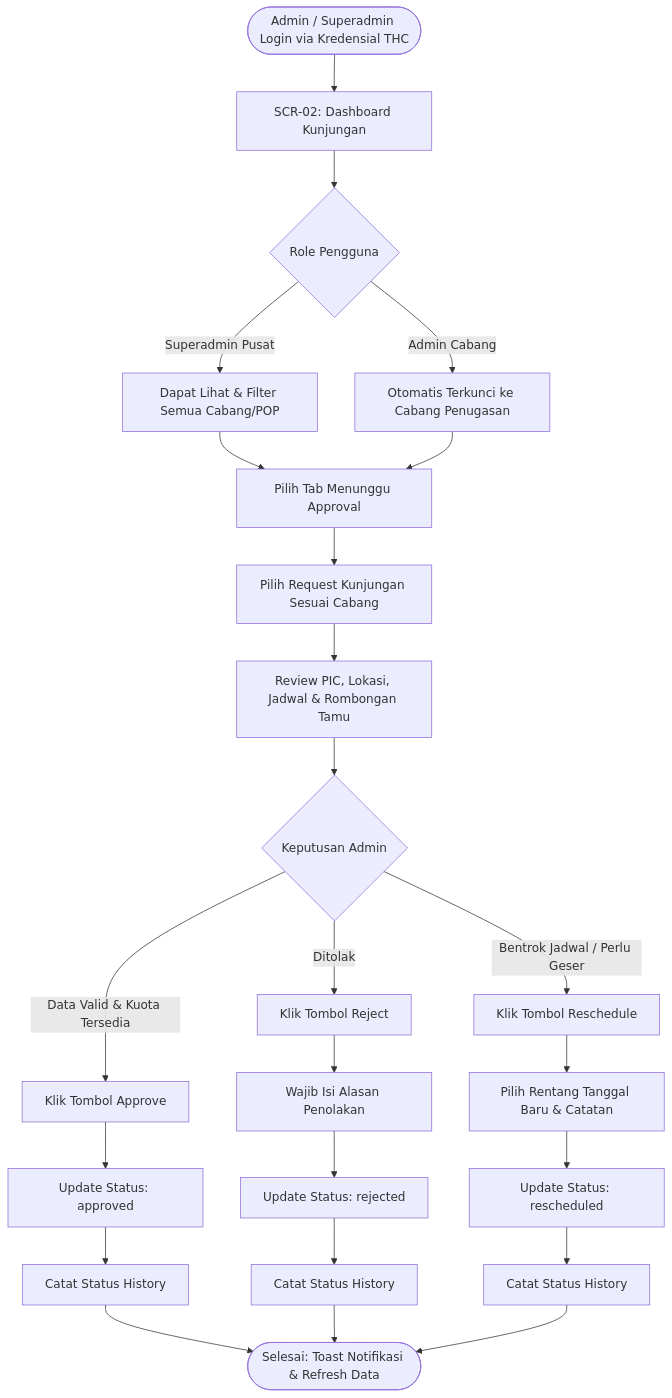
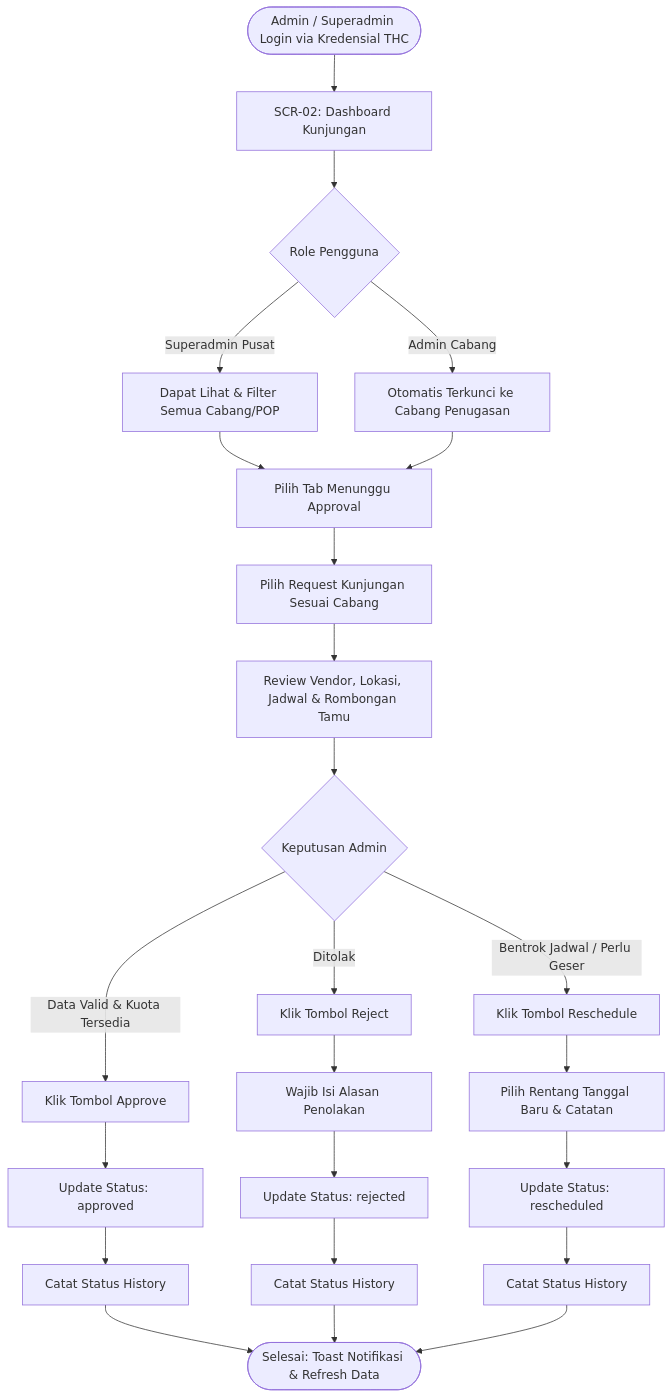
Before and after one commit to andyderis36/thc-vms: the diagram in docs/2. User Flow Diagram/2.2 Flow Approval oleh THC Admin.mermaid, drawn with Mermaid. The commit also changed 228 other files, not shown here.

```diff
--- a/docs/2. User Flow Diagram/2.2 Flow Approval oleh THC Admin.mermaid
+++ b/docs/2. User Flow Diagram/2.2 Flow Approval oleh THC Admin.mermaid
@@ -1,29 +1,29 @@
 flowchart TD
     Start([Admin / Superadmin Login via Kredensial THC]) --> Dashboard[SCR-02: Dashboard Kunjungan]
     Dashboard --> ScopeCheck{Role Pengguna}
     ScopeCheck -- Superadmin Pusat --> AllBranches[Dapat Lihat & Filter Semua Cabang/POP]
     ScopeCheck -- Admin Cabang --> BranchOnly[Otomatis Terkunci ke Cabang Penugasan]
     AllBranches --> TabAntrean[Pilih Tab Menunggu Approval]
     BranchOnly --> TabAntrean
     TabAntrean --> PilihKunjungan[Pilih Request Kunjungan Sesuai Cabang]
-    PilihKunjungan --> ReviewData[Review PIC, Lokasi, Jadwal & Rombongan Tamu]
+    PilihKunjungan --> ReviewData[Review Vendor, Lokasi, Jadwal & Rombongan Tamu]
     
     ReviewData --> Evaluasi{Keputusan Admin}
     
     Evaluasi -- Data Valid & Kuota Tersedia --> ModalApprove[Klik Tombol Approve]
     ModalApprove --> SimpanApprove[Update Status: approved]
     SimpanApprove --> LogHistoryApprove[Catat Status History]
     
     Evaluasi -- Ditolak --> ModalReject[Klik Tombol Reject]
     ModalReject --> InputAlasan[Wajib Isi Alasan Penolakan]
     InputAlasan --> SimpanReject[Update Status: rejected]
     SimpanReject --> LogHistoryReject[Catat Status History]
     
     Evaluasi -- Bentrok Jadwal / Perlu Geser --> ModalReschedule[Klik Tombol Reschedule]
     ModalReschedule --> InputJadwalBaru[Pilih Rentang Tanggal Baru & Catatan]
     InputJadwalBaru --> SimpanReschedule[Update Status: rescheduled]
     SimpanReschedule --> LogHistoryReschedule[Catat Status History]
     
     LogHistoryApprove --> Selesai([Selesai: Toast Notifikasi & Refresh Data])
     LogHistoryReject --> Selesai
     LogHistoryReschedule --> Selesai
```
